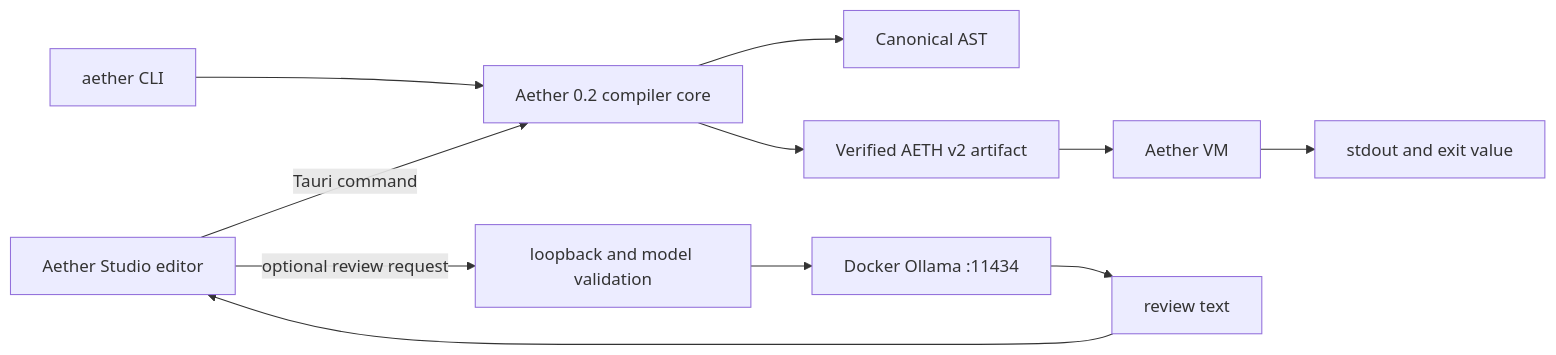
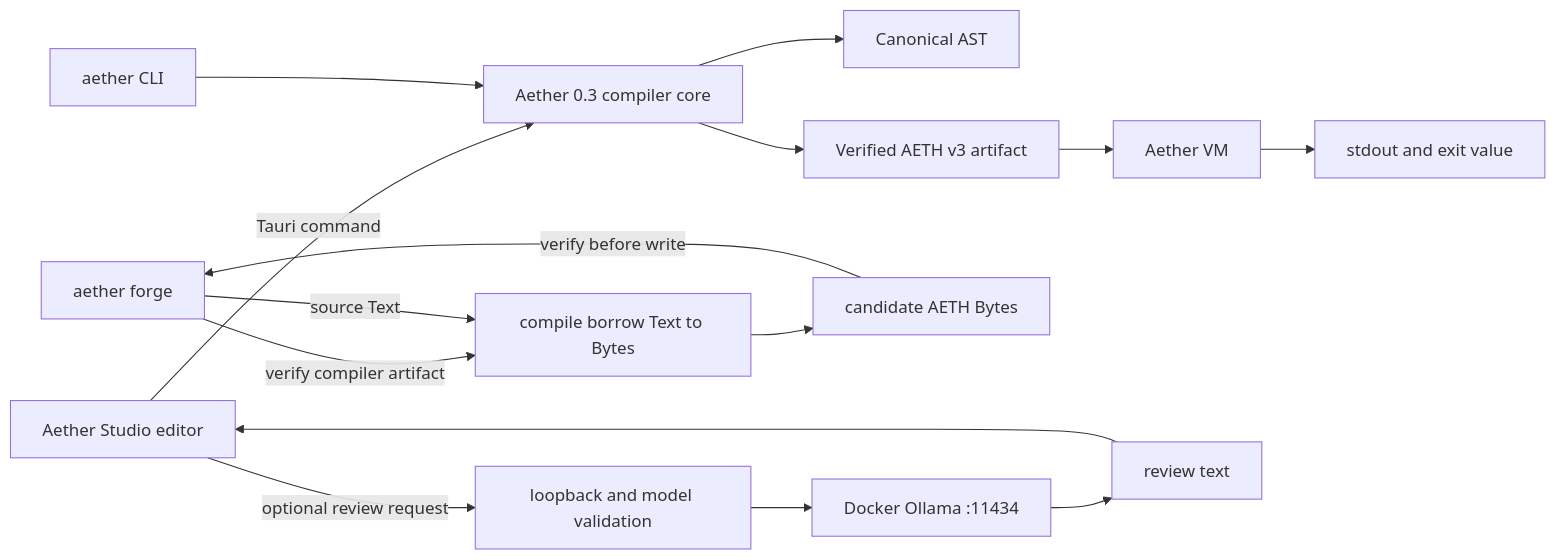
One commit to MrWizard94-Compile/XLang changed the diagram in docs/ARCHITECTURE.md. Above: the diagram before and after it, drawn with Mermaid. The commit also changed other lines of this file and 19 other files, not shown here.

Commit message:
feat: establish Aether forge foundation

```diff
--- a/docs/ARCHITECTURE.md
+++ b/docs/ARCHITECTURE.md
@@ -3,13 +3,17 @@
 ~~~mermaid
 flowchart LR
-    Editor["Aether Studio editor"] -->|"Tauri command"| Core["Aether 0.2 compiler core"]
+    Editor["Aether Studio editor"] -->|"Tauri command"| Core["Aether 0.3 compiler core"]
     CLI["aether CLI"] --> Core
     Core --> Source["Canonical AST"]
-    Core --> Artifact["Verified AETH v2 artifact"]
+    Core --> Artifact["Verified AETH v3 artifact"]
     Artifact --> VM["Aether VM"]
     VM --> Result["stdout and exit value"]
+    Forge["aether forge"] -->|"verify compiler artifact"| Compiler["compile borrow Text to Bytes"]
+    Forge -->|"source Text"| Compiler
+    Compiler --> Candidate["candidate AETH Bytes"]
+    Candidate -->|"verify before write"| Forge
     Editor -->|"optional review request"| Guard["loopback and model validation"]
     Guard --> Ollama["Docker Ollama :11434"]
     Ollama --> Review["review text"]
     Review --> Editor
 ~~~
```
